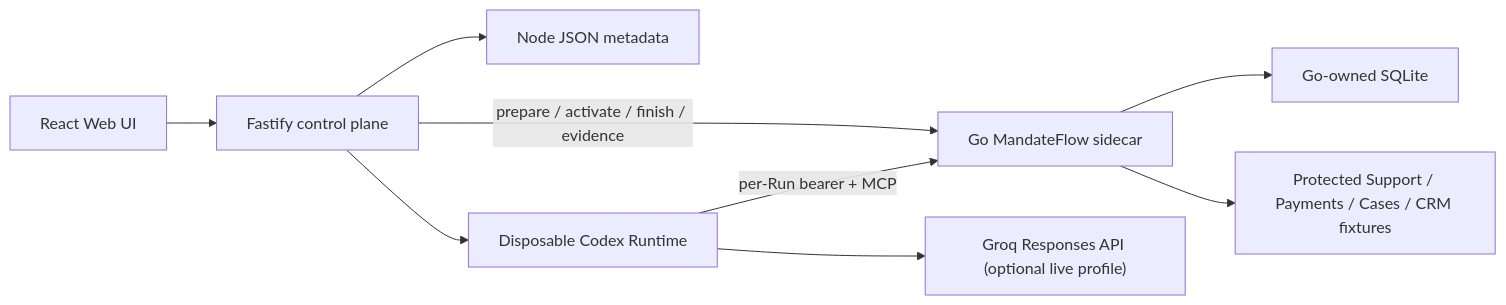
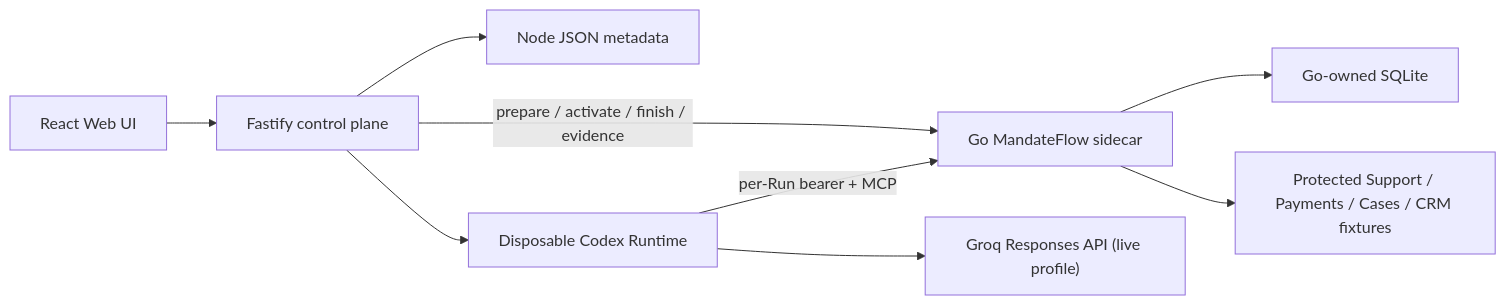
Before and after one commit to tradaokamsa/MandateFlow: the diagram in CodeJam/README.md, drawn with Mermaid. The commit also changed other lines of this file and 19 other files, not shown here.

````diff
--- a/CodeJam/README.md
+++ b/CodeJam/README.md
@@ -362,11 +390,11 @@
 ```mermaid
 flowchart LR
     UI["React Web UI"] --> API["Fastify control plane"]
     API --> NodeStore["Node JSON metadata"]
     API -->|prepare / activate / finish / evidence| Go["Go MandateFlow sidecar"]
     Go --> SQLite["Go-owned SQLite"]
     API --> Container["Disposable Codex Runtime"]
     Container -->|per-Run bearer + MCP| Go
-    Container --> Groq["Groq Responses API (optional live profile)"]
+    Container --> Groq["Groq Responses API (live profile)"]
     Go --> Fixtures["Protected Support / Payments / Cases / CRM fixtures"]
 ```
````
